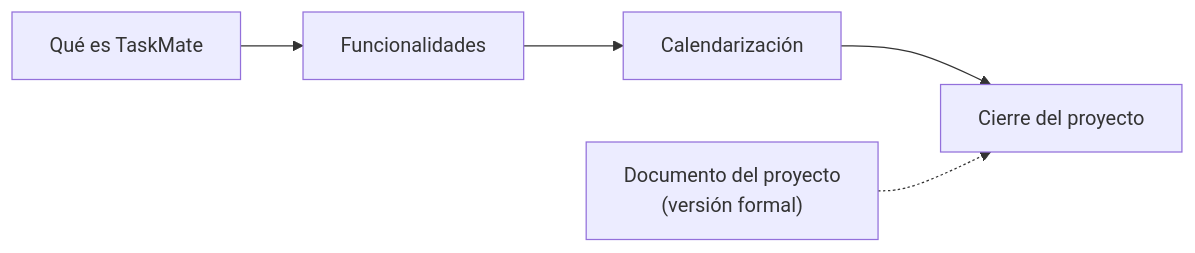
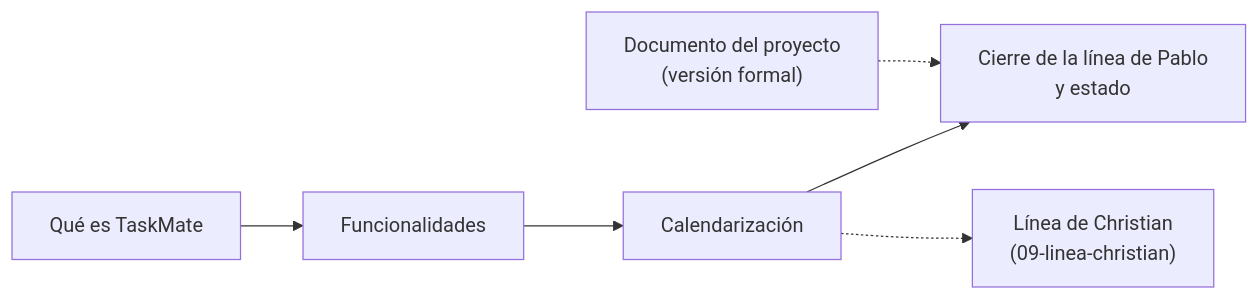
One commit to PabloP150/proyecto-is-cc6 changed the diagram in documentacion/01-proyecto/README.md. Above: the diagram before and after it, drawn with Mermaid. The commit also changed other lines of this file and 204 other files, not shown here.

First line of the commit message:
docs: update all documentation, diagrams and PNGs to the test/e2e state

````diff
--- a/documentacion/01-proyecto/README.md
+++ b/documentacion/01-proyecto/README.md
@@ -5,7 +5,8 @@
 ```mermaid
 flowchart LR
     Q["Qué es TaskMate"] --> F["Funcionalidades"]
     F --> C["Calendarización"]
-    C --> X["Cierre del proyecto"]
+    C --> X["Cierre de la línea de Pablo<br/>y estado"]
     D["Documento del proyecto<br/>(versión formal)"] -.-> X
+    C -.-> L["Línea de Christian<br/>(09-linea-christian)"]
 ```
````
